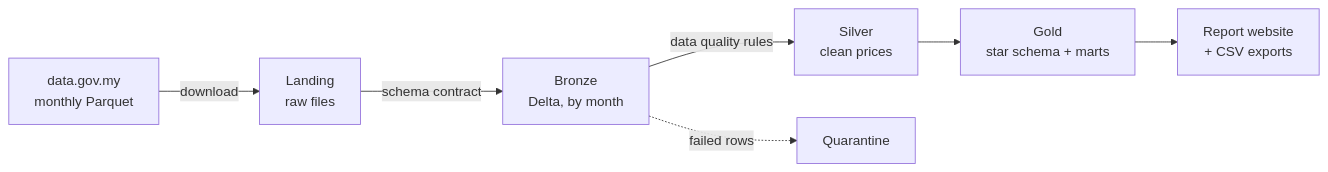
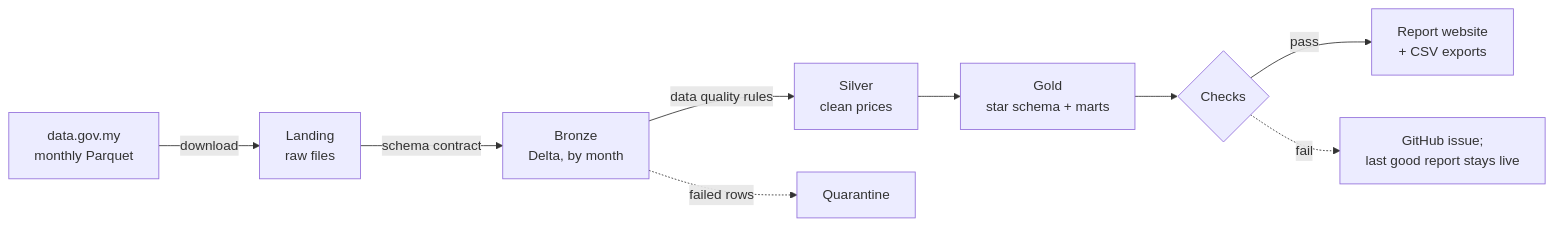
The diagram in README.md (faeznizam/malaysia-pricecatcher-lakehouse), drawn with Mermaid before and after one commit. The commit also changed other lines of this file and 5 other files, not shown here.

First line of the commit message:
Checks before publishing, and an issue when the daily run fails

````diff
--- a/README.md
+++ b/README.md
@@ -19,9 +19,11 @@
 ```mermaid
 flowchart LR
     A[data.gov.my<br/>monthly Parquet] -->|download| B[Landing<br/>raw files]
     B -->|schema contract| C[Bronze<br/>Delta, by month]
     C -->|data quality rules| D[Silver<br/>clean prices]
     C -.->|failed rows| Q[Quarantine]
     D --> E[Gold<br/>star schema + marts]
-    E --> F[Report website<br/>+ CSV exports]
+    E --> G{Checks}
+    G -->|pass| F[Report website<br/>+ CSV exports]
+    G -.->|fail| I[GitHub issue;<br/>last good report stays live]
 ```
````
